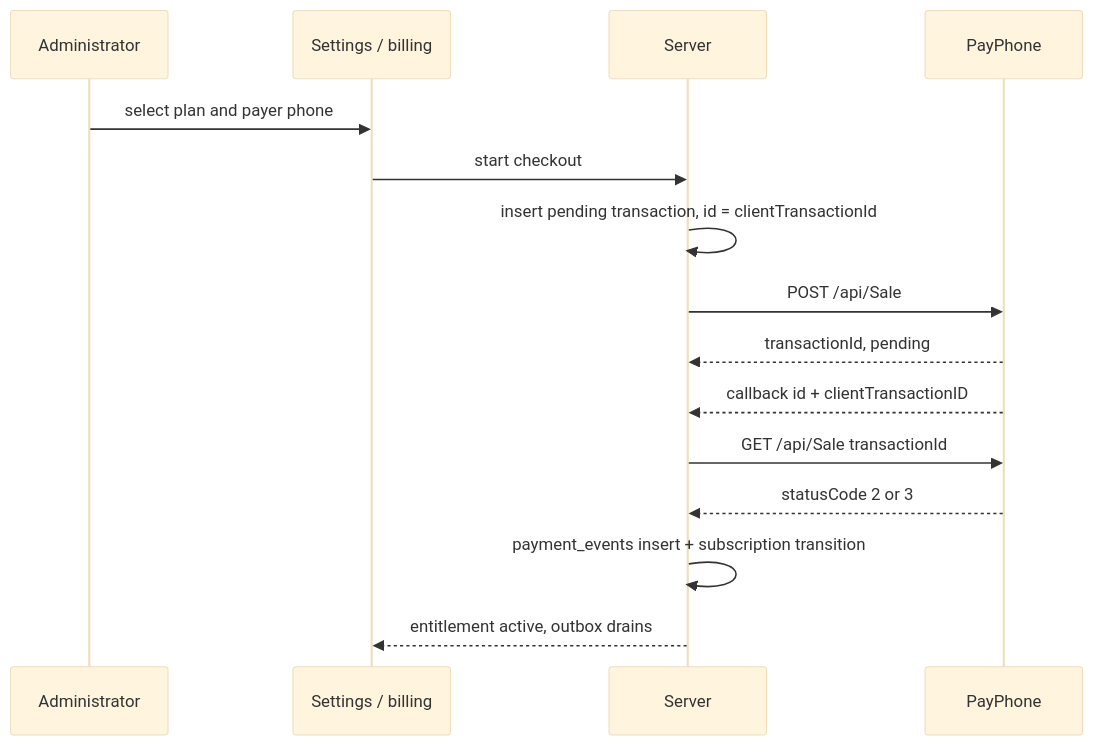
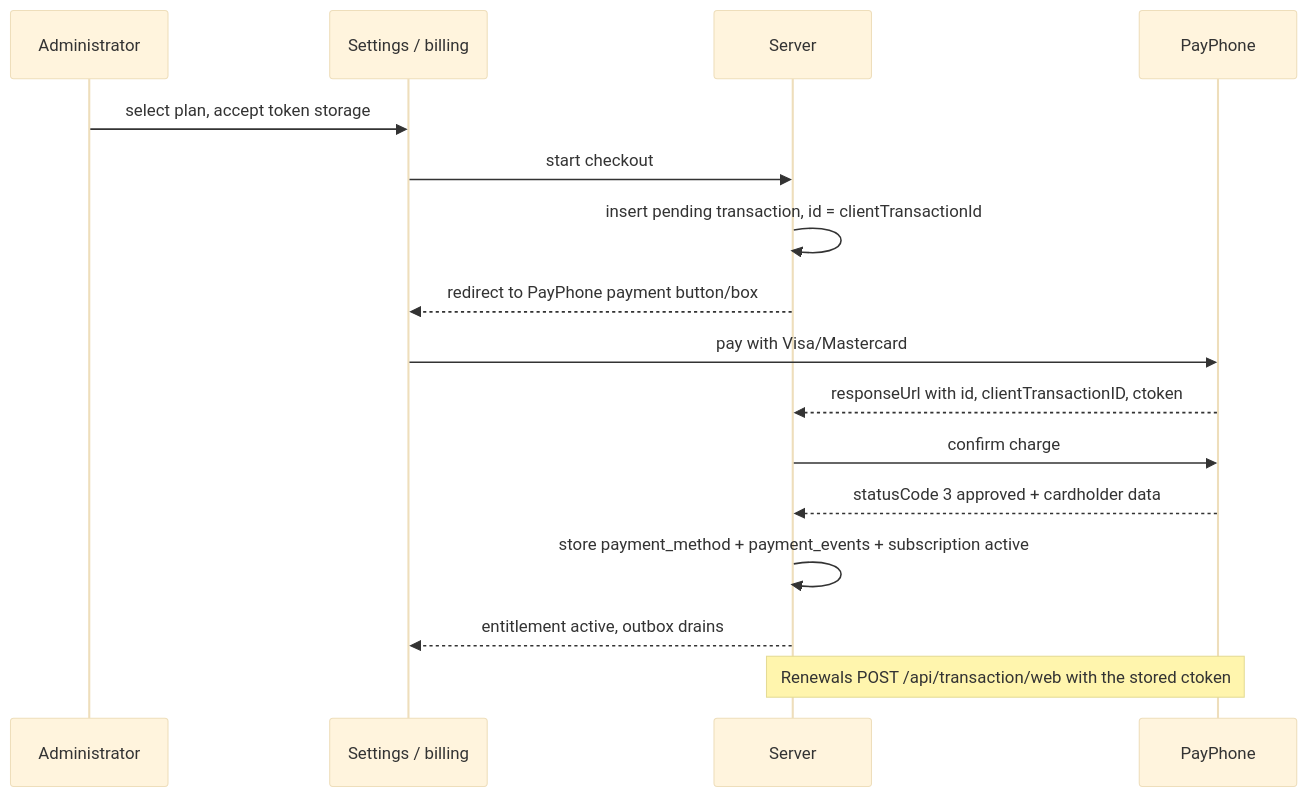
Before and after one commit to serbarla/doctor-prescription: the fifth of 5 diagrams in context/architecture.md, drawn with Mermaid (base theme). The commit also changed other lines of this file and 11 other files, not shown here.

````diff
--- a/context/architecture.md
+++ b/context/architecture.md
@@ -360,18 +367,19 @@
 ```mermaid
 sequenceDiagram
     participant ADM as Administrator
     participant UI as Settings / billing
     participant S as Server
     participant PP as PayPhone
 
-    ADM->>UI: select plan and payer phone
+    ADM->>UI: select plan, accept token storage
     UI->>S: start checkout
     S->>S: insert pending transaction, id = clientTransactionId
-    S->>PP: POST /api/Sale
-    PP-->>S: transactionId, pending
-    PP-->>S: callback id + clientTransactionID
-    S->>PP: GET /api/Sale transactionId
-    PP-->>S: statusCode 2 or 3
-    S->>S: payment_events insert + subscription transition
+    S-->>UI: redirect to PayPhone payment button/box
+    UI->>PP: pay with Visa/Mastercard
+    PP-->>S: responseUrl with id, clientTransactionID, ctoken
+    S->>PP: confirm charge
+    PP-->>S: statusCode 3 approved + cardholder data
+    S->>S: store payment_method + payment_events + subscription active
     S-->>UI: entitlement active, outbox drains
+    Note over S,PP: Renewals POST /api/transaction/web with the stored ctoken
 ```
````
